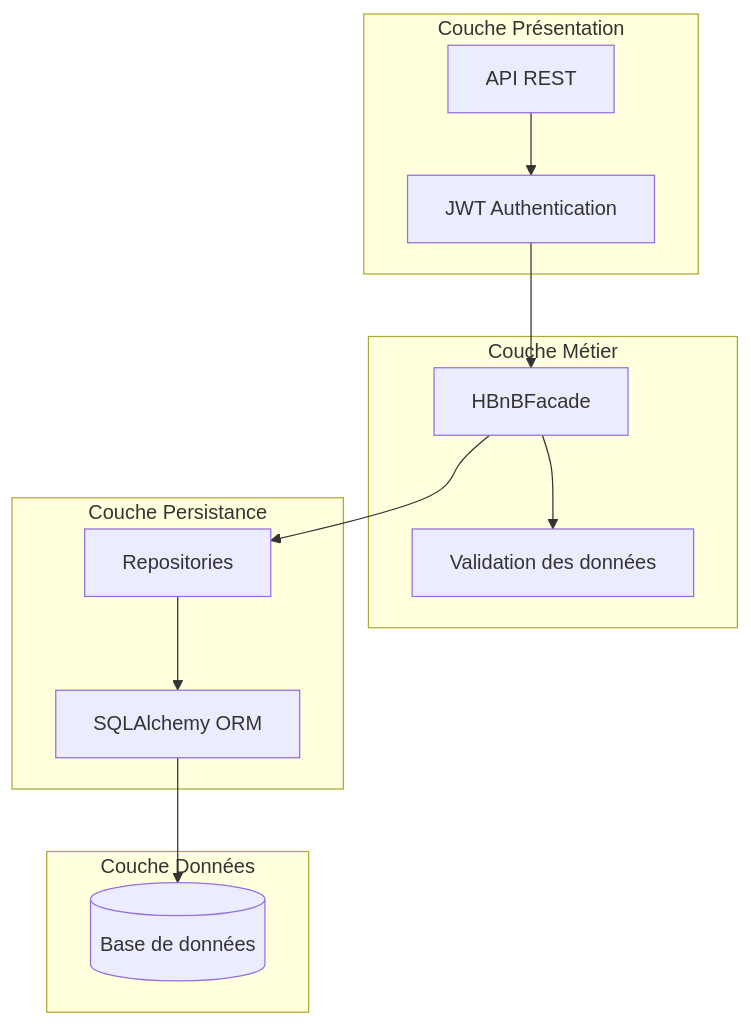
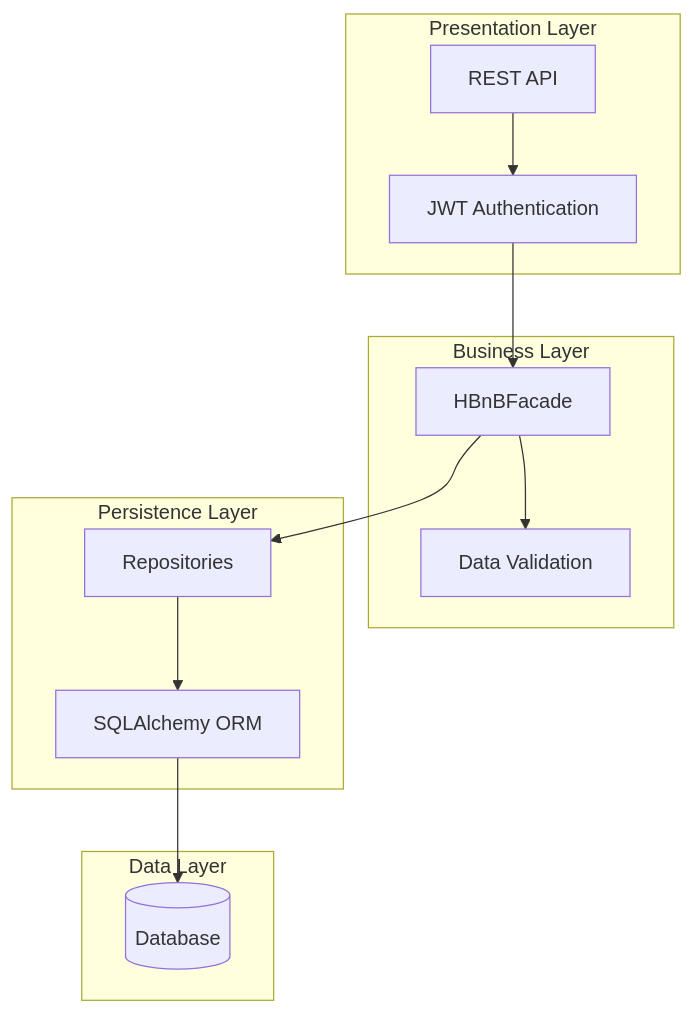
One commit to neodwin/holbertonschool-hbnb changed the first of 4 diagrams in part3/diagrams/architecture_diagram.md. Above: the diagram before and after it, drawn with Mermaid. The commit also changed other lines of this file and 2 other files, not shown here.

Commit message:
uodate diagrams

````diff
--- a/part3/diagrams/architecture_diagram.md
+++ b/part3/diagrams/architecture_diagram.md
@@ -7,28 +7,28 @@
 ```mermaid
 flowchart TD
-    subgraph "Couche Présentation"
-        API[API REST]
+    subgraph "Presentation Layer"
+        API[REST API]
         JWT[JWT Authentication]
     end
     
-    subgraph "Couche Métier"
+    subgraph "Business Layer"
         Facade[HBnBFacade]
-        Validation[Validation des données]
+        Validation[Data Validation]
     end
     
-    subgraph "Couche Persistance"
+    subgraph "Persistence Layer"
         Repositories[Repositories]
         ORM[SQLAlchemy ORM]
     end
     
-    subgraph "Couche Données"
-        DB[(Base de données)]
+    subgraph "Data Layer"
+        DB[(Database)]
     end
     
     API --> JWT
     JWT --> Facade
     Facade --> Validation
     Facade --> Repositories
     Repositories --> ORM
     ORM --> DB
 ```
````
